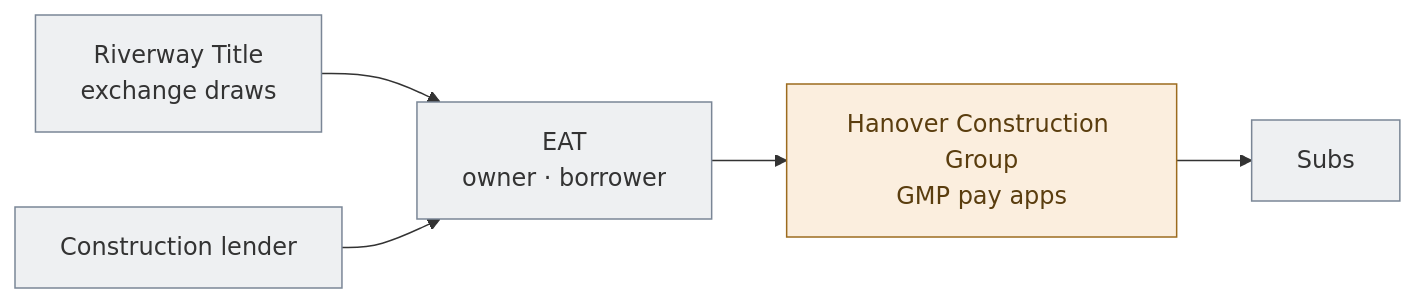
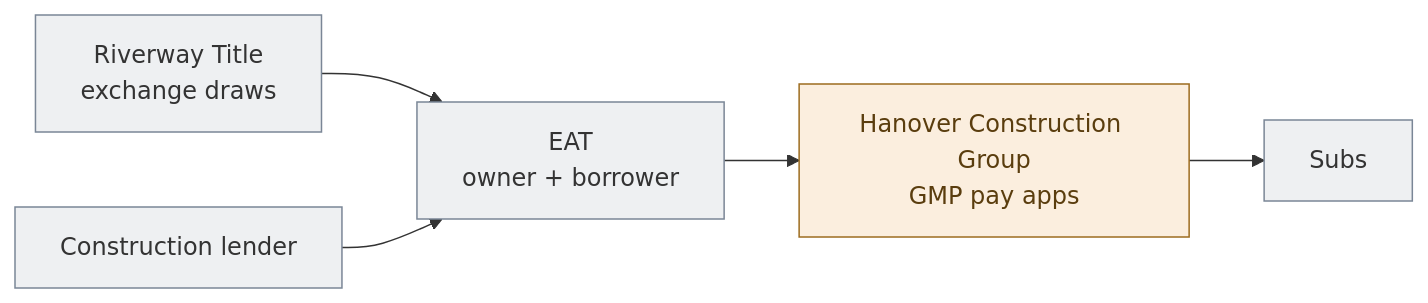
One commit to EthanCow/North-Forsyth-1031-Diagrams changed the eighth of 10 diagrams in North_Forsyth_1031_Diagrams.md. Above: the diagram before and after it, drawn with Mermaid. The commit also changed other lines of this file and 1 other file, not shown here.

````diff
--- a/North_Forsyth_1031_Diagrams.md
+++ b/North_Forsyth_1031_Diagrams.md
@@ -598,13 +596,13 @@
 ```mermaid
 flowchart LR
   QI["Riverway Title\nexchange draws"]:::neutral
   LN["Construction lender"]:::neutral
-  EAT["EAT\nowner · borrower"]:::neutral
+  EAT["EAT\nowner + borrower"]:::neutral
   GC["Hanover Construction Group\nGMP pay apps"]:::han
   SUB["Subs"]:::neutral
   QI --> EAT
   LN --> EAT
   EAT --> GC --> SUB
   classDef han fill:#fbeede,stroke:#9c6b1e,color:#5a3d0e;
   classDef neutral fill:#eef0f2,stroke:#7a8696,color:#333;
 ```
````
